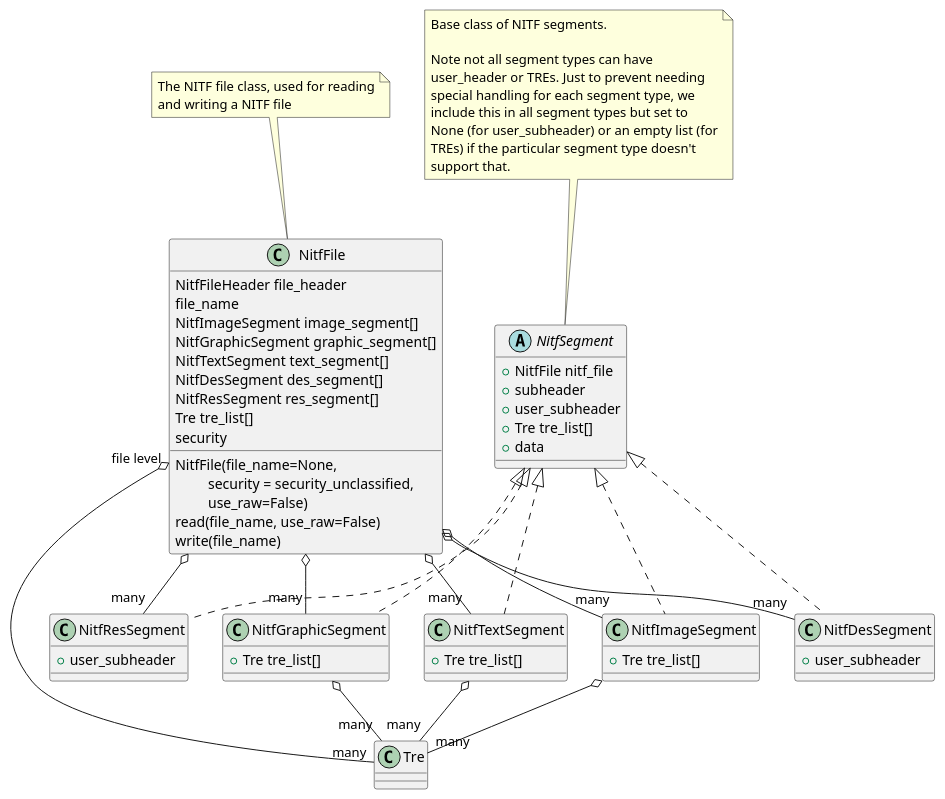
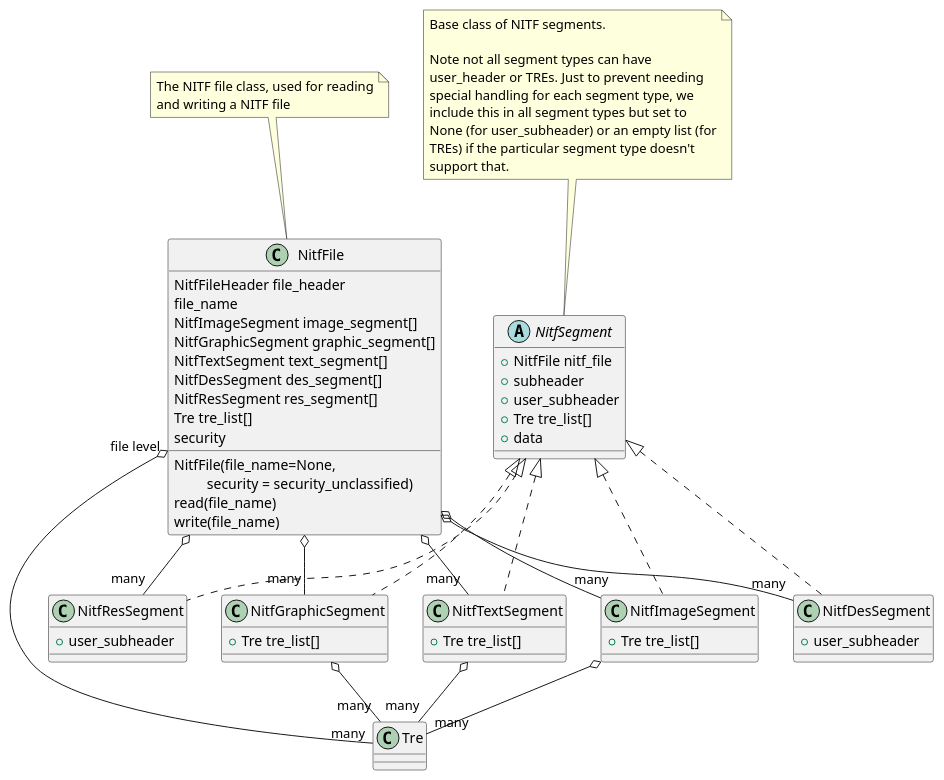
One commit to Cartography-jpl/pynitf changed the first of 6 diagrams in doc/nitf_file.rst. Above: the diagram before and after it, drawn with PlantUML. The commit also changed other lines of this file and 2 other files, not shown here.

```diff
--- a/doc/nitf_file.rst
+++ b/doc/nitf_file.rst
@@ -14,77 +14,77 @@
 .. uml::
    :caption: NitfFile class structure
 
    class NitfFile {
-      NitfFile(file_name=None,\n         security = security_unclassified,\n         use_raw=False)
-      read(file_name, use_raw=False)
+      NitfFile(file_name=None,\n         security = security_unclassified)
+      read(file_name)
       write(file_name)
       NitfFileHeader file_header
       file_name
       NitfImageSegment image_segment[]
       NitfGraphicSegment graphic_segment[]
       NitfTextSegment text_segment[]
       NitfDesSegment des_segment[]
       NitfResSegment res_segment[]
       Tre tre_list[]
       security
    }
    note top
       The NITF file class, used for reading
       and writing a NITF file
    end note
 
    abstract class NitfSegment {
       +NitfFile nitf_file
       +subheader
       +user_subheader
       +Tre tre_list[]
       +data
    }
    note top
       Base class of NITF segments.
 
       Note not all segment types can have
       user_header or TREs. Just to prevent needing
       special handling for each segment type, we
       include this in all segment types but set to
       None (for user_subheader) or an empty list (for
       TREs) if the particular segment type doesn't
       support that.
    end note
 
    class NitfImageSegment {
       +Tre tre_list[]
    }
 
    class NitfGraphicSegment {
       +Tre tre_list[]
    }
 
    class NitfTextSegment {
       +Tre tre_list[]
    }
 
    class NitfDesSegment {
        +user_subheader
    }
 
    class NitfResSegment {
        +user_subheader
    }
 
    class Tre
 
    NitfSegment <|.. NitfImageSegment
    NitfSegment <|.. NitfGraphicSegment
    NitfSegment <|.. NitfTextSegment
    NitfSegment <|.. NitfDesSegment
    NitfSegment <|.. NitfResSegment
    NitfFile o-- "many" NitfImageSegment
    NitfFile o-- "many" NitfGraphicSegment
    NitfFile o-- "many" NitfTextSegment
    NitfFile o-- "many" NitfDesSegment
    NitfFile o-- "many" NitfResSegment
    NitfFile "file level" o-- "many" Tre
    NitfImageSegment o-- "many" Tre
    NitfTextSegment o-- "many" Tre
    NitfGraphicSegment o-- "many" Tre
```
